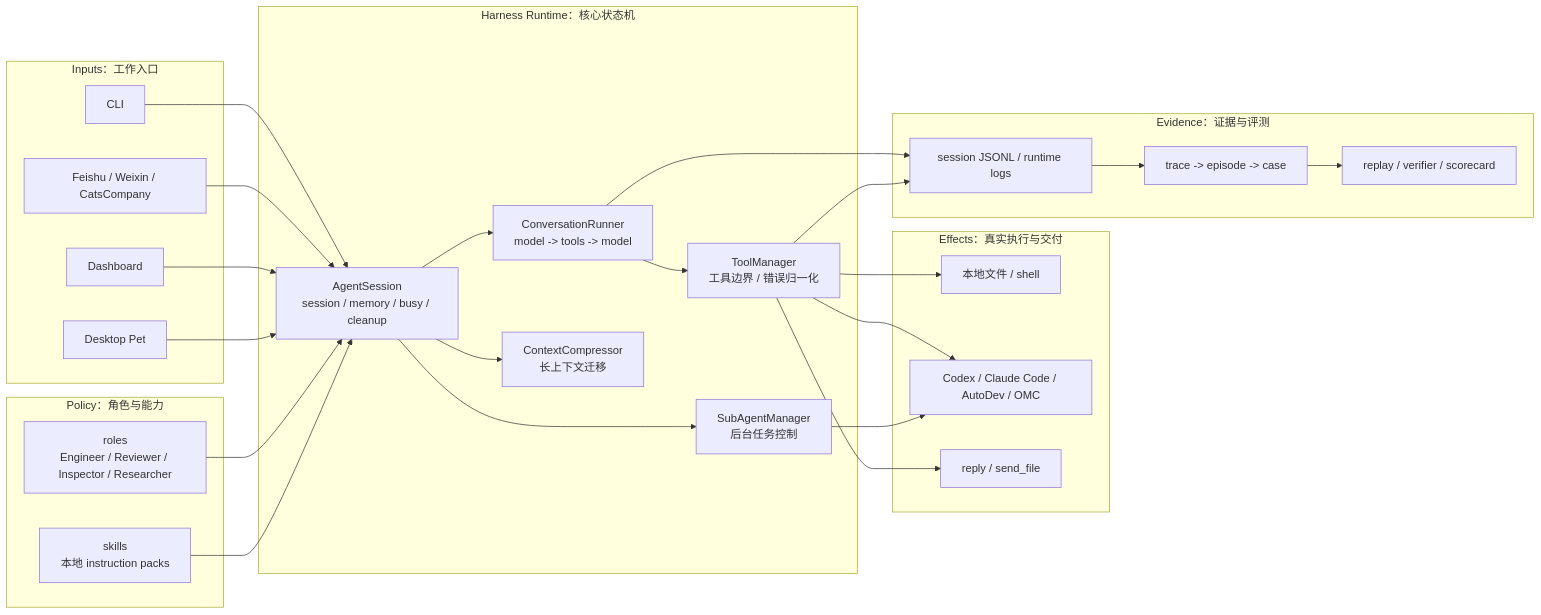
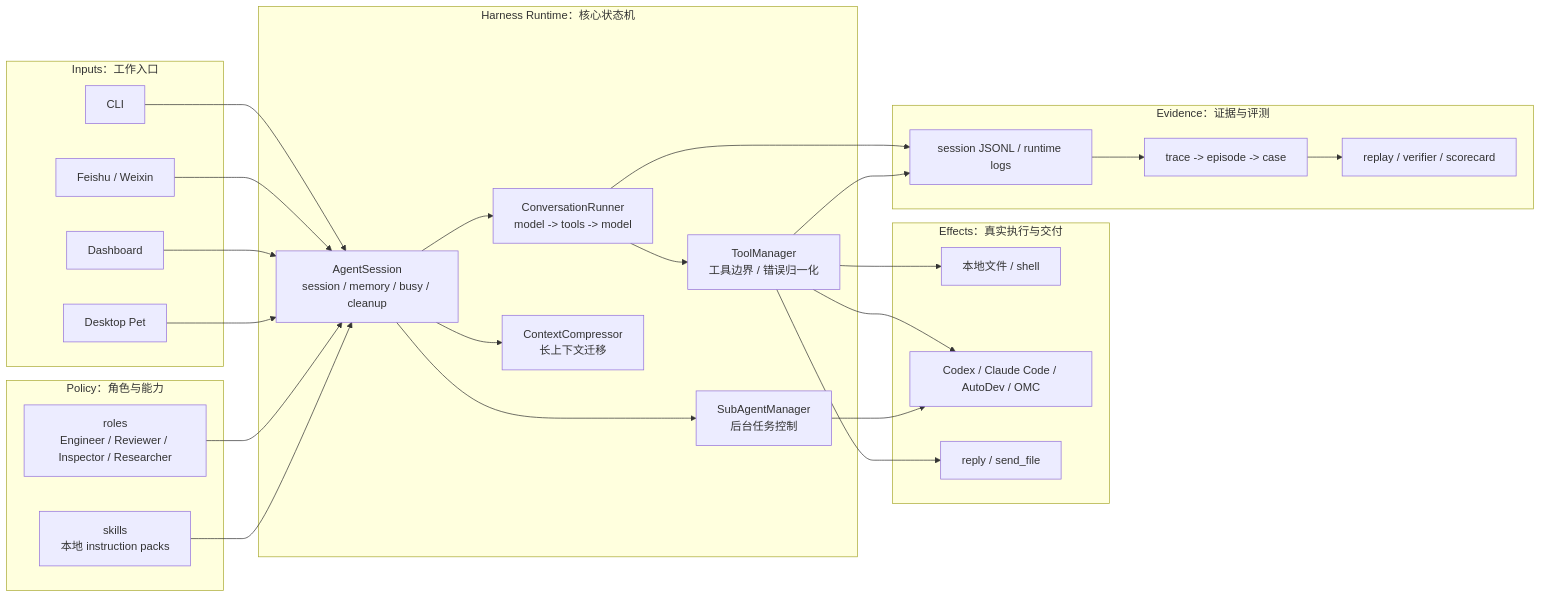
The diagram in docs/growth/PROJECT_INTRODUCTION.md (fightheyyy/XiaoBa-CLI), drawn with Mermaid before and after one commit. The commit also changed other lines of this file and 34 other files, not shown here.

````diff
--- a/docs/growth/PROJECT_INTRODUCTION.md
+++ b/docs/growth/PROJECT_INTRODUCTION.md
@@ -78,53 +78,53 @@
 ```mermaid
 flowchart LR
     subgraph Inputs["Inputs：工作入口"]
         CLI["CLI"]
-        IM["Feishu / Weixin / CatsCompany"]
+        IM["Feishu / Weixin"]
         Dashboard["Dashboard"]
         Pet["Desktop Pet"]
     end
 
     subgraph Policy["Policy：角色与能力"]
         Roles["roles<br/>Engineer / Reviewer / Inspector / Researcher"]
         Skills["skills<br/>本地 instruction packs"]
     end
 
     subgraph Runtime["Harness Runtime：核心状态机"]
         AgentSession["AgentSession<br/>session / memory / busy / cleanup"]
         Runner["ConversationRunner<br/>model -> tools -> model"]
         Tools["ToolManager<br/>工具边界 / 错误归一化"]
         Context["ContextCompressor<br/>长上下文迁移"]
         Subagents["SubAgentManager<br/>后台任务控制"]
     end
 
     subgraph Effects["Effects：真实执行与交付"]
         Files["本地文件 / shell"]
         CodingAgents["Codex / Claude Code / AutoDev / OMC"]
         Messages["reply / send_file"]
     end
 
     subgraph Evidence["Evidence：证据与评测"]
         Logs["session JSONL / runtime logs"]
         Benchmarks["trace -> episode -> case"]
         Replay["replay / verifier / scorecard"]
     end
 
     CLI --> AgentSession
     IM --> AgentSession
     Dashboard --> AgentSession
     Pet --> AgentSession
     Roles --> AgentSession
     Skills --> AgentSession
     AgentSession --> Runner
     AgentSession --> Context
     Runner --> Tools
     Tools --> Files
     Tools --> CodingAgents
     Tools --> Messages
     AgentSession --> Subagents
     Subagents --> CodingAgents
     Runner --> Logs
     Tools --> Logs
     Logs --> Benchmarks
     Benchmarks --> Replay
 ```
````
